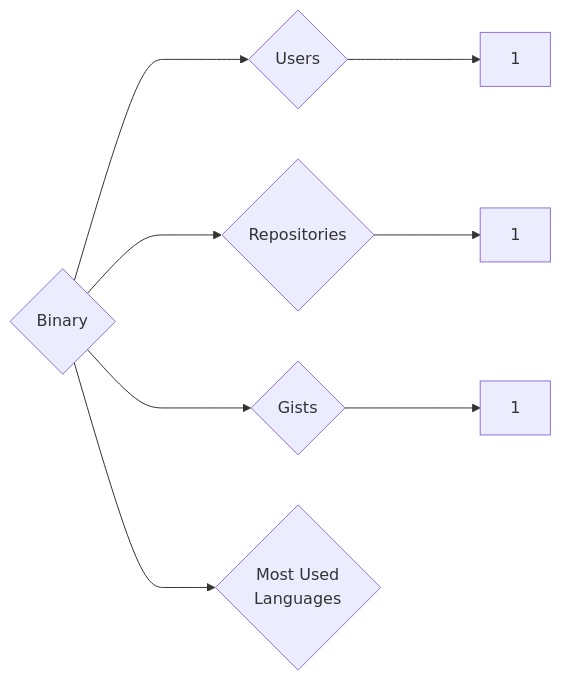
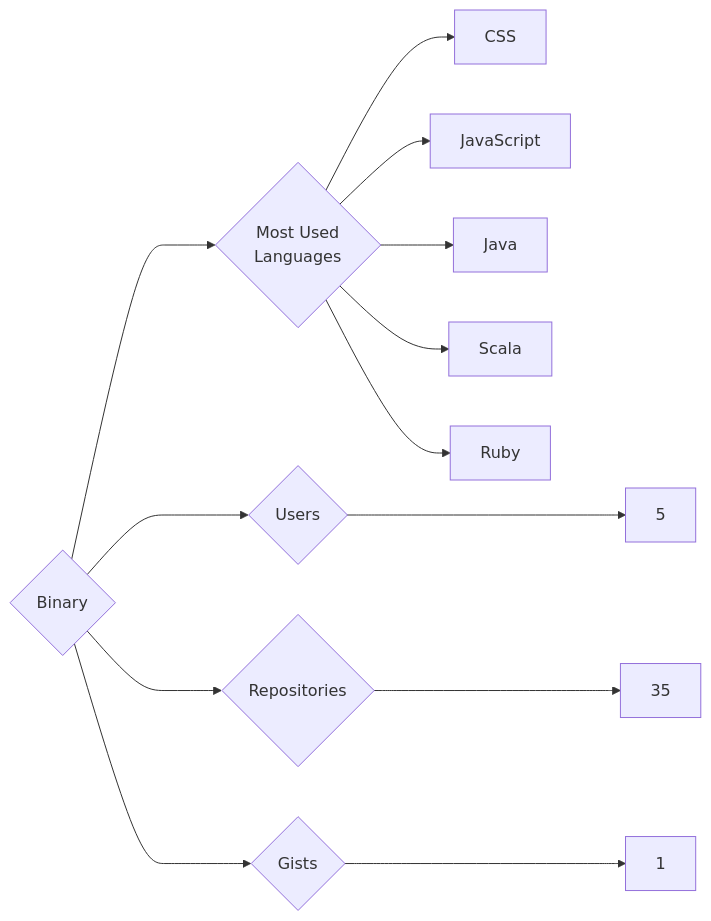
The diagram in targets/Binary/README.md (trickest/insiders), drawn with Mermaid before and after one commit. The commit also changed 736 other files, not shown here.

````diff
--- a/targets/Binary/README.md
+++ b/targets/Binary/README.md
@@ -3,8 +3,13 @@
 ```mermaid
 graph LR
 COMPANY_NAME{Binary}
-COMPANY_NAME ---> U{Users} ---> UN[1]
-COMPANY_NAME ---> R{Repositories} ---> RN[1]
+COMPANY_NAME ---> U{Users} ---> UN[5]
+COMPANY_NAME ---> R{Repositories} ---> RN[35]
 COMPANY_NAME ---> G{Gists} ---> GN[1]
 COMPANY_NAME ---> ML{Most Used<br>Languages}
+ML --> CSS[CSS]
+ML --> JavaScript[JavaScript]
+ML --> Java[Java]
+ML --> Scala[Scala]
+ML --> Ruby[Ruby]
 ```
````
